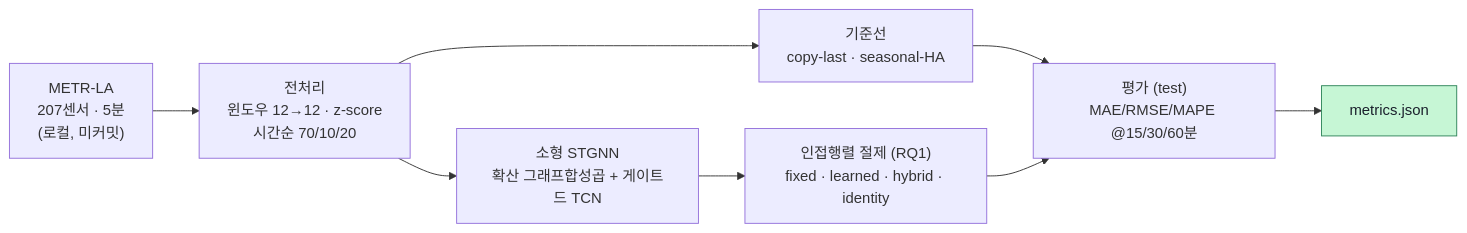
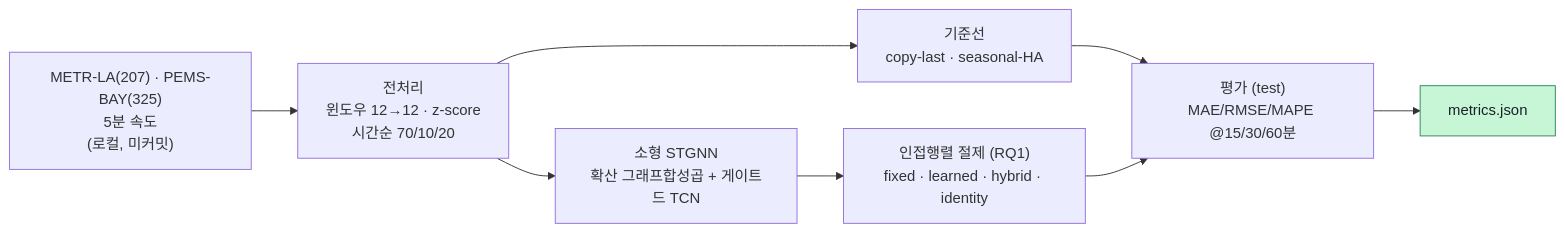
Before and after one commit to urbsn4i-sw/urban-traffic-forecasting: the diagram in README.ko.md, drawn with Mermaid. The commit also changed other lines of this file and 5 other files, not shown here.

First line of the commit message:
results: add PEMS-BAY (baselines + STGNN 4모드) — RQ1 두 도시에서 확인

````diff
--- a/README.ko.md
+++ b/README.ko.md
@@ -17,12 +17,12 @@
 ```mermaid
 flowchart LR
-  A["METR-LA<br/>207센서 · 5분<br/>(로컬, 미커밋)"] --> B["전처리<br/>윈도우 12→12 · z-score<br/>시간순 70/10/20"]
+  A["METR-LA(207) · PEMS-BAY(325)<br/>5분 속도<br/>(로컬, 미커밋)"] --> B["전처리<br/>윈도우 12→12 · z-score<br/>시간순 70/10/20"]
   B --> C["기준선<br/>copy-last · seasonal-HA"]
   B --> D["소형 STGNN<br/>확산 그래프합성곱 + 게이트드 TCN"]
   D --> E["인접행렬 절제 (RQ1)<br/>fixed · learned · hybrid · identity"]
   C --> F["평가 (test)<br/>MAE/RMSE/MAPE @15/30/60분"]
   E --> F
   F --> G["metrics.json"]:::done
 
   classDef done fill:#c6f6d5,stroke:#2f855a,color:#1a202c;
 ```
````
